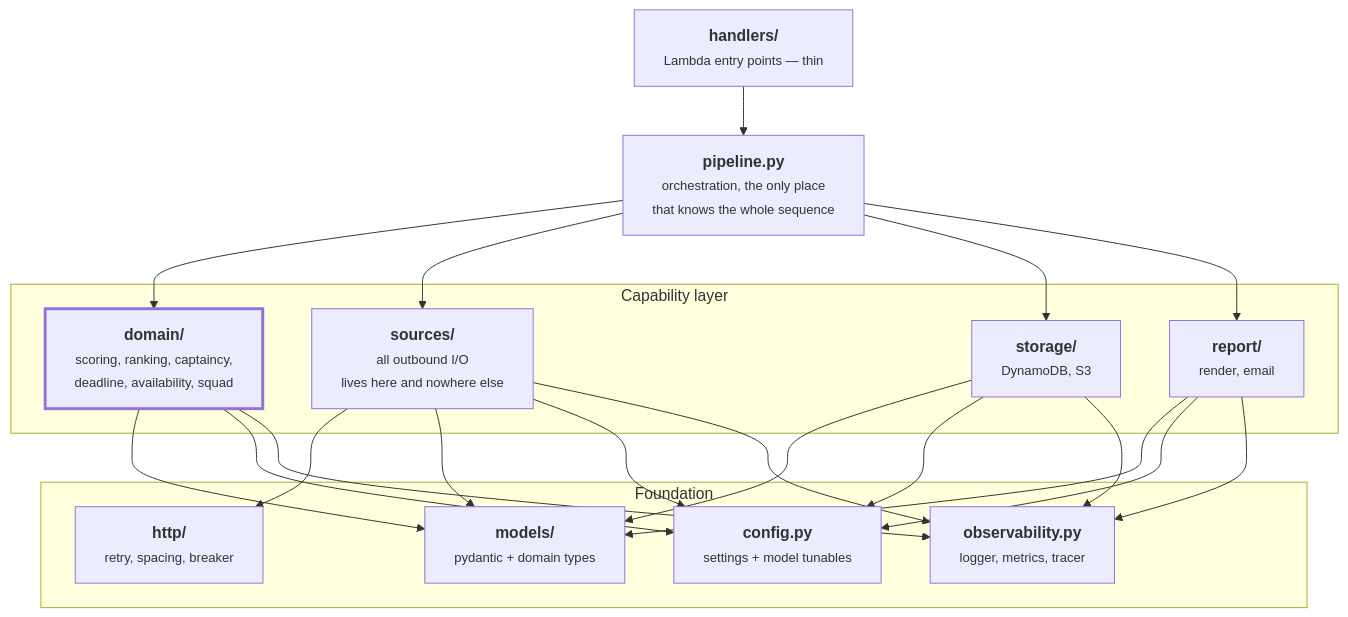
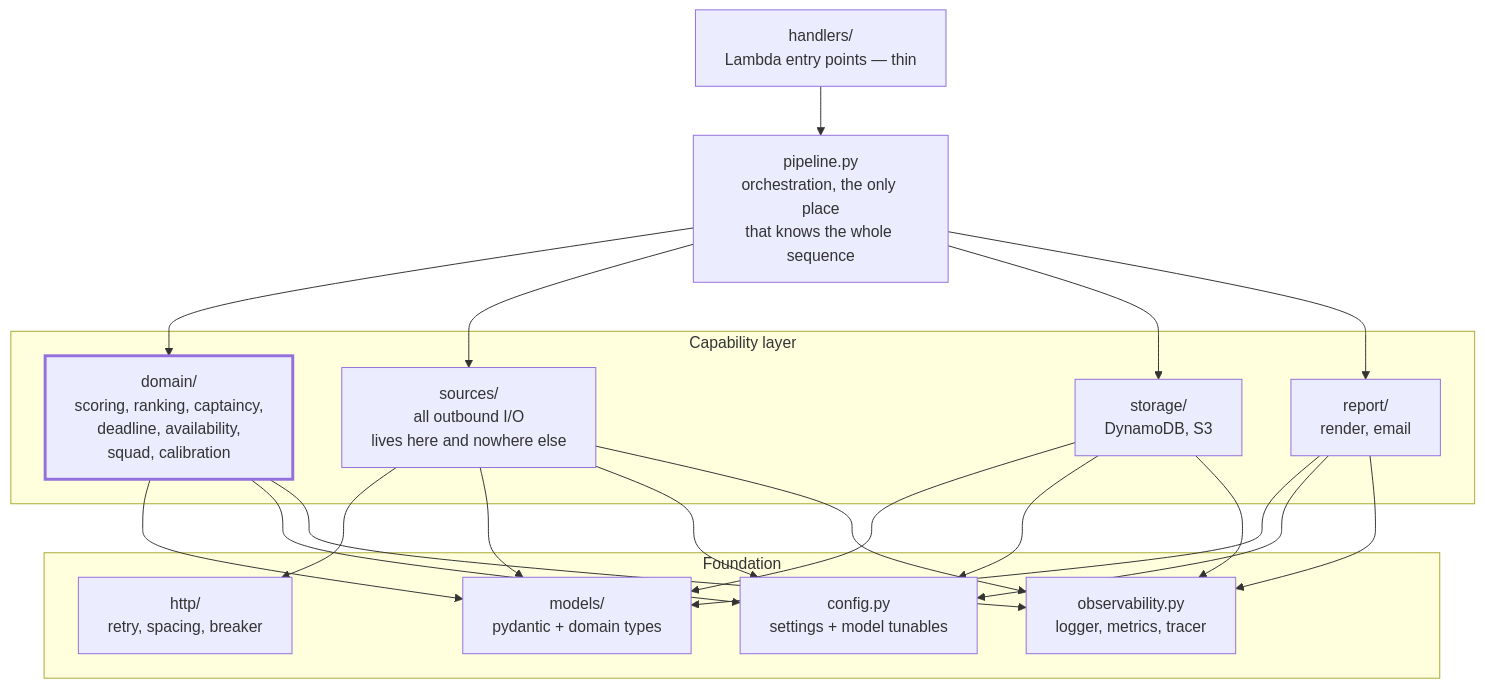
The tenth of 12 diagrams in docs/DIAGRAMS.md (MasonGallagher/FplBot), drawn with Mermaid before and after one commit. The commit also changed other lines of this file and 1 other file, not shown here.

First line of the commit message:
docs: fix diagram labels overflowing their shapes, and cover calibration

````diff
--- a/docs/DIAGRAMS.md
+++ b/docs/DIAGRAMS.md
@@ -334,27 +398,27 @@
 ```mermaid
 flowchart TD
-    H["<b>handlers/</b><br/><small>Lambda entry points — thin</small>"]
-    P["<b>pipeline.py</b><br/><small>orchestration, the only place<br/>that knows the whole sequence</small>"]
+    H["handlers/<br/>Lambda entry points — thin"]
+    P["pipeline.py<br/>orchestration, the only place<br/>that knows the whole sequence"]
 
     subgraph mid["Capability layer"]
-        DOM["<b>domain/</b><br/><small>scoring, ranking, captaincy,<br/>deadline, availability, squad</small>"]
-        SRC["<b>sources/</b><br/><small>all outbound I/O<br/>lives here and nowhere else</small>"]
-        STO["<b>storage/</b><br/><small>DynamoDB, S3</small>"]
-        REP["<b>report/</b><br/><small>render, email</small>"]
+        DOM["domain/<br/>scoring, ranking, captaincy,<br/>deadline, availability,<br/>squad, calibration"]
+        SRC["sources/<br/>all outbound I/O<br/>lives here and nowhere else"]
+        STO["storage/<br/>DynamoDB, S3"]
+        REP["report/<br/>render, email"]
     end
 
     subgraph base["Foundation"]
-        MOD["<b>models/</b><br/><small>pydantic + domain types</small>"]
-        CFG["<b>config.py</b><br/><small>settings + model tunables</small>"]
-        HTTP["<b>http/</b><br/><small>retry, spacing, breaker</small>"]
-        OBS["<b>observability.py</b><br/><small>logger, metrics, tracer</small>"]
+        MOD["models/<br/>pydantic + domain types"]
+        CFG["config.py<br/>settings + model tunables"]
+        HTTP["http/<br/>retry, spacing, breaker"]
+        OBS["observability.py<br/>logger, metrics, tracer"]
     end
 
     H --> P
     P --> DOM & SRC & STO & REP
     SRC --> HTTP
     DOM & SRC & STO & REP --> MOD & CFG & OBS
 
     classDef emphasis stroke-width:3px
     class DOM emphasis
 ```
````
